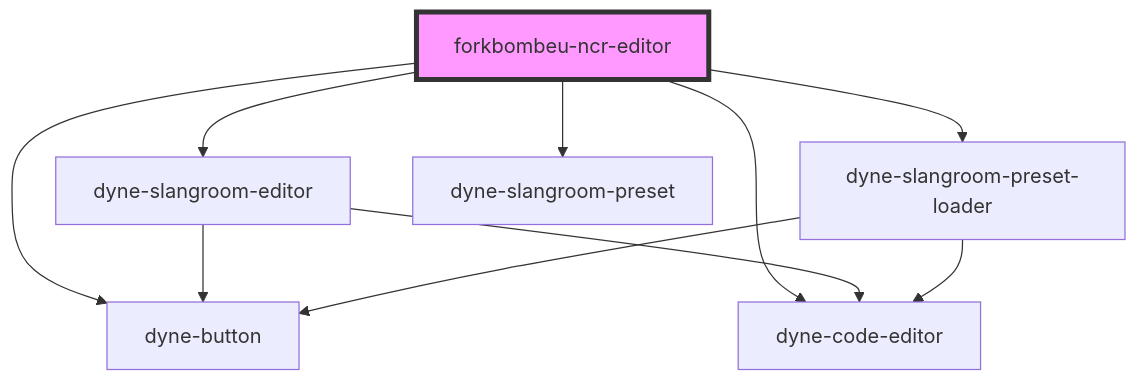
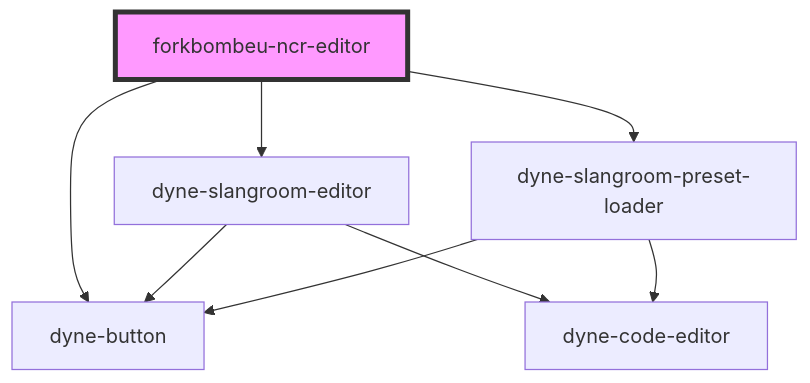
The diagram in src/components/forkbombeu-ncr-editor/readme.md (dyne/components), drawn with Mermaid before and after one commit. The commit also changed other lines of this file and 5 other files, not shown here.

````diff
--- a/src/components/forkbombeu-ncr-editor/readme.md
+++ b/src/components/forkbombeu-ncr-editor/readme.md
@@ -62,13 +60,11 @@
 ```mermaid
 graph TD;
   forkbombeu-ncr-editor --> dyne-slangroom-editor
   forkbombeu-ncr-editor --> dyne-slangroom-preset-loader
-  forkbombeu-ncr-editor --> dyne-slangroom-preset
   forkbombeu-ncr-editor --> dyne-button
-  forkbombeu-ncr-editor --> dyne-code-editor
   dyne-slangroom-editor --> dyne-button
   dyne-slangroom-editor --> dyne-code-editor
   dyne-slangroom-preset-loader --> dyne-button
   dyne-slangroom-preset-loader --> dyne-code-editor
   style forkbombeu-ncr-editor fill:#f9f,stroke:#333,stroke-width:4px
 ```
````
